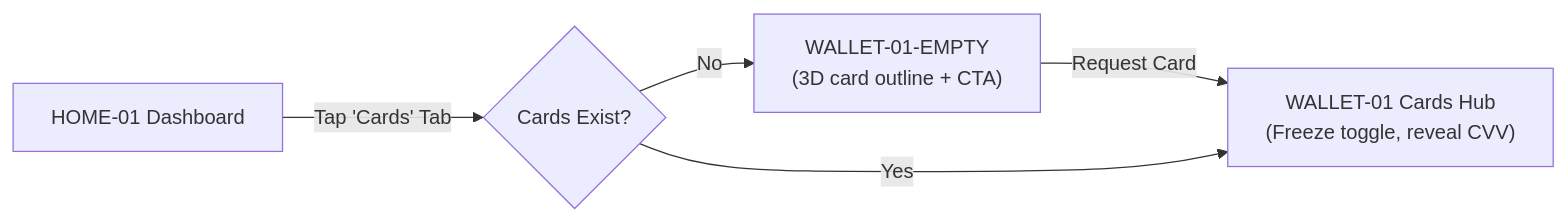
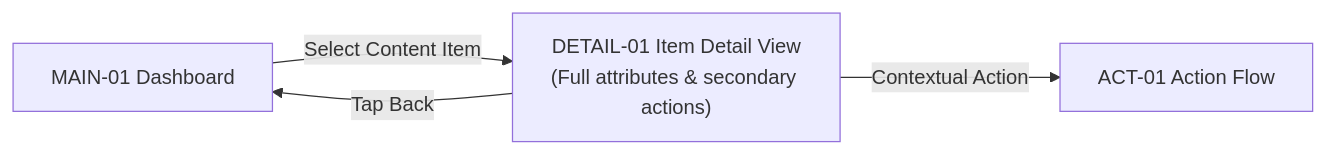
Before and after one commit to rik9922/Figma: the fourth of 4 diagrams in projects/PROJECT_TEMPLATE/architecture/USER_FLOWS.md, drawn with Mermaid. The commit also changed other lines of this file and 94 other files, not shown here.

````diff
--- a/projects/PROJECT_TEMPLATE/architecture/USER_FLOWS.md
+++ b/projects/PROJECT_TEMPLATE/architecture/USER_FLOWS.md
@@ -52,7 +52,6 @@
 ```mermaid
 flowchart LR
-    HOME01["HOME-01 Dashboard"] -->|Tap 'Cards' Tab| CardCheck{Cards Exist?}
-    CardCheck -->|No| WALLET01EMPTY["WALLET-01-EMPTY\n(3D card outline + CTA)"]
-    WALLET01EMPTY -->|Request Card| WALLET01["WALLET-01 Cards Hub"]
-    CardCheck -->|Yes| WALLET01["WALLET-01 Cards Hub\n(Freeze toggle, reveal CVV)"]
+    MAIN01["MAIN-01 Dashboard"] -->|Select Content Item| DETAIL01["DETAIL-01 Item Detail View\n(Full attributes & secondary actions)"]
+    DETAIL01 -->|Tap Back| MAIN01
+    DETAIL01 -->|Contextual Action| ACT01["ACT-01 Action Flow"]
 ```
````
